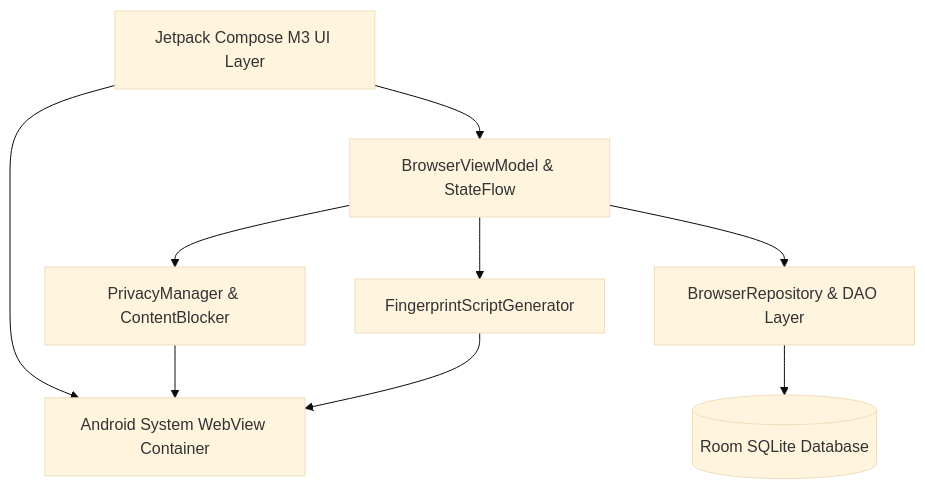
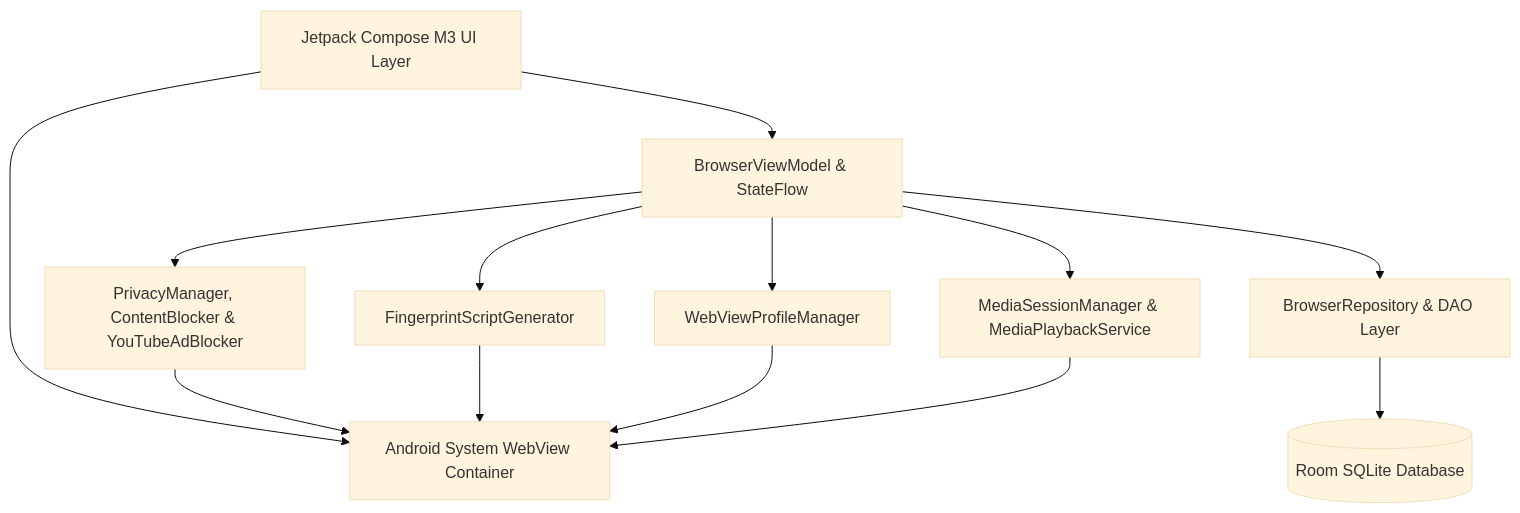
The diagram in README.md (aanneion/feather_browser), drawn with Mermaid (base theme) before and after one commit. The commit also changed other lines of this file, not shown here.

````diff
--- a/README.md
+++ b/README.md
@@ -101,11 +117,15 @@
 ```mermaid
 graph TD
     A[Jetpack Compose M3 UI Layer] --> B[BrowserViewModel & StateFlow]
-    B --> C[PrivacyManager & ContentBlocker]
+    B --> C[PrivacyManager, ContentBlocker & YouTubeAdBlocker]
     B --> D[BrowserRepository & DAO Layer]
     D --> E[(Room SQLite Database)]
     A --> F[Android System WebView Container]
     C --> F
     B --> G[FingerprintScriptGenerator]
     G --> F
+    B --> H[WebViewProfileManager]
+    H --> F
+    B --> I[MediaSessionManager & MediaPlaybackService]
+    I --> F
 ```
````
